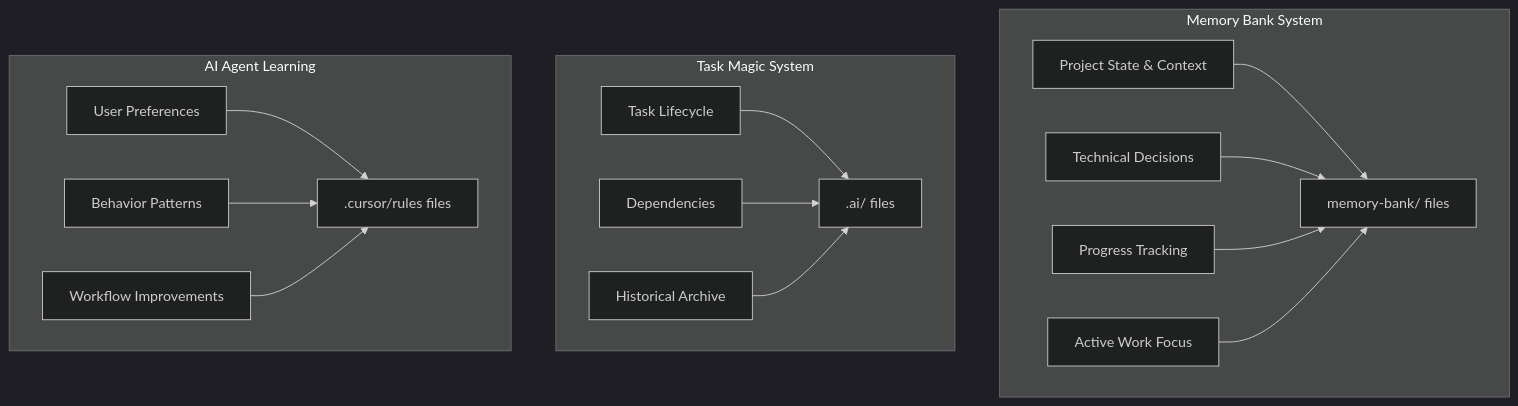
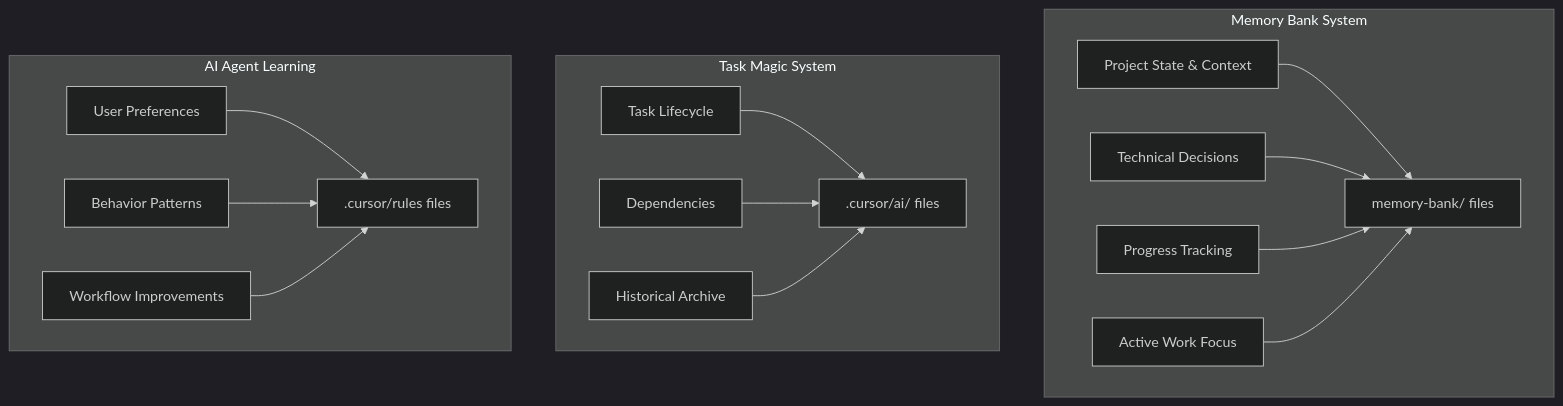
Before and after one commit to louisfghbvc/task-management-memory-system: diagram 16 of 17 in .cursor/rules/unified-workflow.md, drawn with Mermaid (dark theme). The commit also changed other lines of this file and 11 other files, not shown here.

````diff
--- a/.cursor/rules/unified-workflow.md
+++ b/.cursor/rules/unified-workflow.md
@@ -329,34 +359,34 @@
 ```mermaid
 graph TD
     subgraph "Memory Bank System"
         MB_P[Project State & Context]
         MB_T[Technical Decisions]
         MB_PR[Progress Tracking]
         MB_A[Active Work Focus]
         
         MB_P --> MB_Files[memory-bank/ files]
         MB_T --> MB_Files
         MB_PR --> MB_Files
         MB_A --> MB_Files
     end
     
     subgraph "Task Magic System"
         TM_L[Task Lifecycle]
         TM_D[Dependencies]
         TM_H[Historical Archive]
         
-        TM_L --> TM_Files[.ai/ files]
+        TM_L --> TM_Files[.cursor/ai/ files]
         TM_D --> TM_Files
         TM_H --> TM_Files
     end
     
     subgraph "AI Agent Learning"
         AI_P[User Preferences]
         AI_B[Behavior Patterns]
         AI_W[Workflow Improvements]
         
         AI_P --> Rules_Files[.cursor/rules files]
         AI_B --> Rules_Files
         AI_W --> Rules_Files
     end
 ```
````
